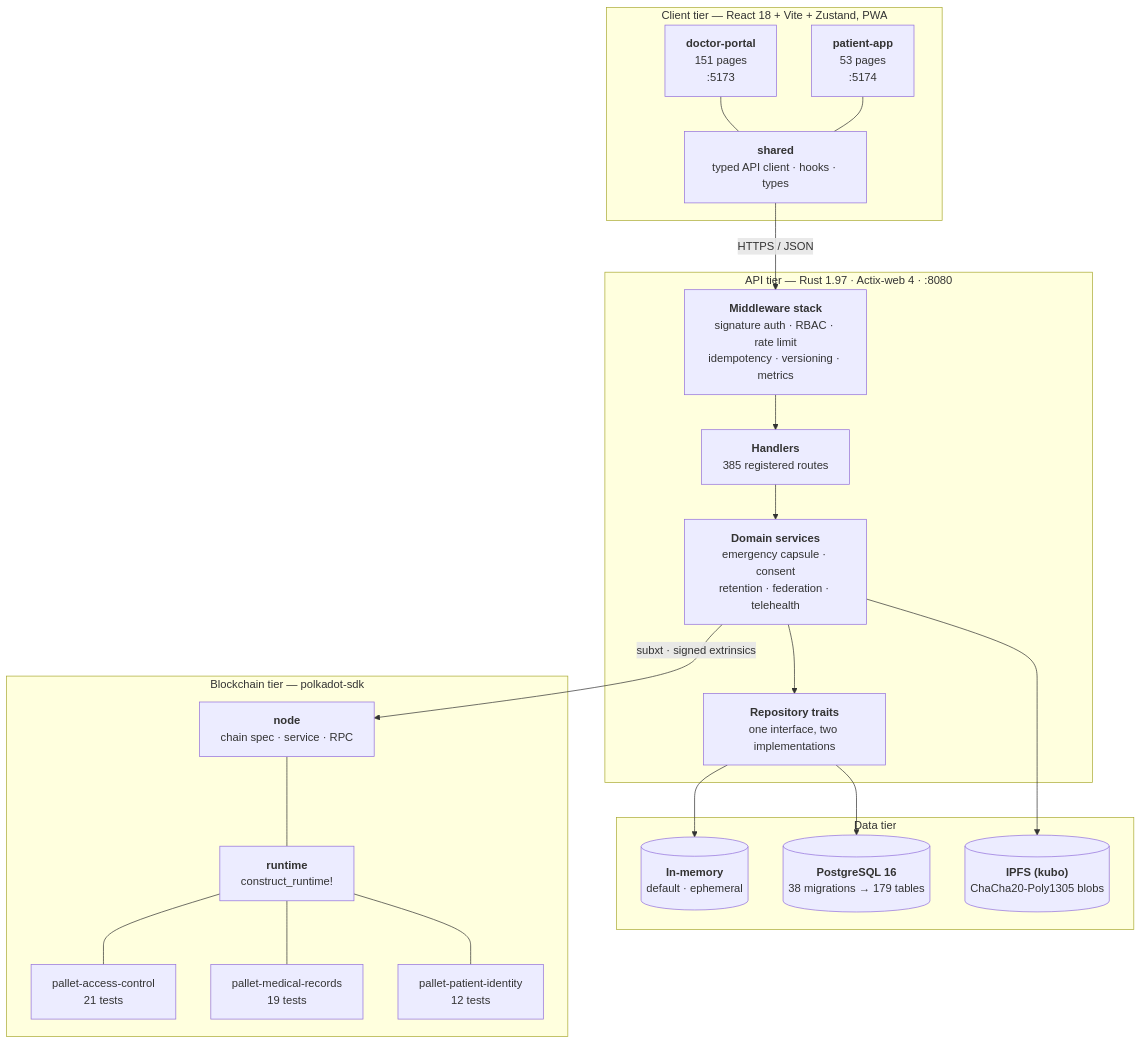
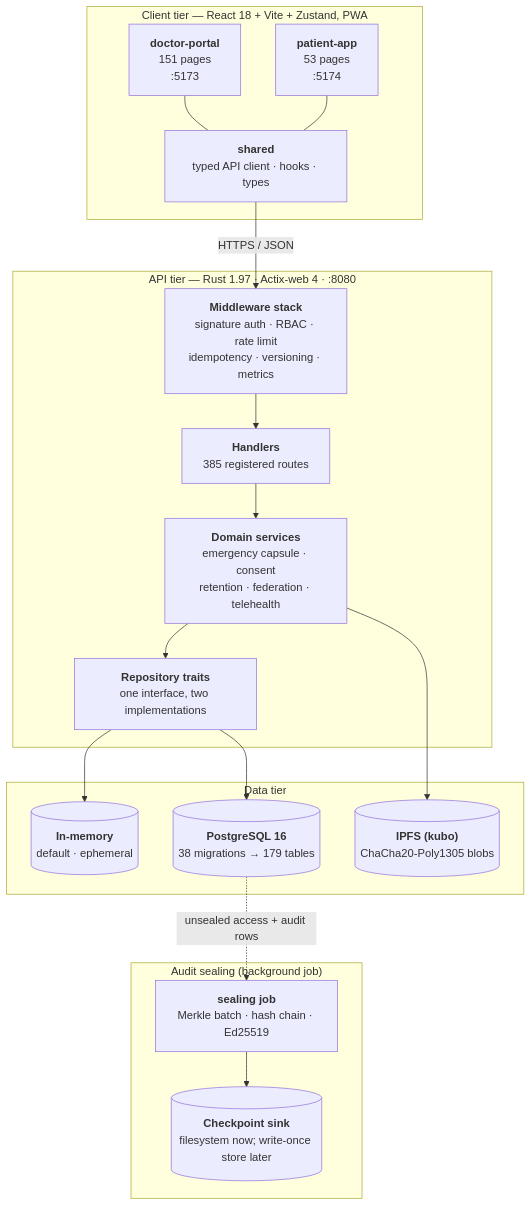
Before and after one commit to Lukau-Tech-Invasion/medichain: the second of 9 diagrams in docs/architecture.md, drawn with Mermaid. The commit also changed other lines of this file and 244 other files, not shown here.

First line of the commit message:
Remove the blockchain; seal the audit stream instead (ADR-0010, phase A)

````diff
--- a/docs/architecture.md
+++ b/docs/architecture.md
@@ -76,42 +76,36 @@
 ```mermaid
 graph TB
     subgraph client["Client tier — React 18 + Vite + Zustand, PWA"]
         DP["<b>doctor-portal</b><br/>151 pages<br/>:5173"]
         PA["<b>patient-app</b><br/>53 pages<br/>:5174"]
         SH["<b>shared</b><br/>typed API client · hooks · types"]
         DP --- SH
         PA --- SH
     end
 
     subgraph api["API tier — Rust 1.97 · Actix-web 4 · :8080"]
         MW["<b>Middleware stack</b><br/>signature auth · RBAC · rate limit<br/>idempotency · versioning · metrics"]
         HAND["<b>Handlers</b><br/>385 registered routes"]
         DOM["<b>Domain services</b><br/>emergency capsule · consent<br/>retention · federation · telehealth"]
         REPO["<b>Repository traits</b><br/>one interface, two implementations"]
     end
 
     subgraph data["Data tier"]
         MEM[("<b>In-memory</b><br/>default · ephemeral")]
         PG[("<b>PostgreSQL 16</b><br/>38 migrations → 179 tables")]
         IPFSN[("<b>IPFS (kubo)</b><br/>ChaCha20-Poly1305 blobs")]
     end
 
-    subgraph chain["Blockchain tier — polkadot-sdk"]
-        RT["<b>runtime</b><br/>construct_runtime!"]
-        P1["pallet-access-control<br/>21 tests"]
-        P2["pallet-medical-records<br/>19 tests"]
-        P3["pallet-patient-identity<br/>12 tests"]
-        ND["<b>node</b><br/>chain spec · service · RPC"]
-        RT --- P1
-        RT --- P2
-        RT --- P3
-        ND --- RT
+    subgraph seal["Audit sealing (background job)"]
+        SJ["<b>sealing job</b><br/>Merkle batch · hash chain · Ed25519"]
+        SK[("<b>Checkpoint sink</b><br/>filesystem now; write-once store later")]
+        SJ --> SK
     end
 
     SH -->|"HTTPS / JSON"| MW
     MW --> HAND --> DOM --> REPO
     REPO --> MEM
     REPO --> PG
     DOM --> IPFSN
-    DOM -->|"subxt · signed extrinsics"| ND
+    PG -.->|"unsealed access + audit rows"| SJ
 ```
````
